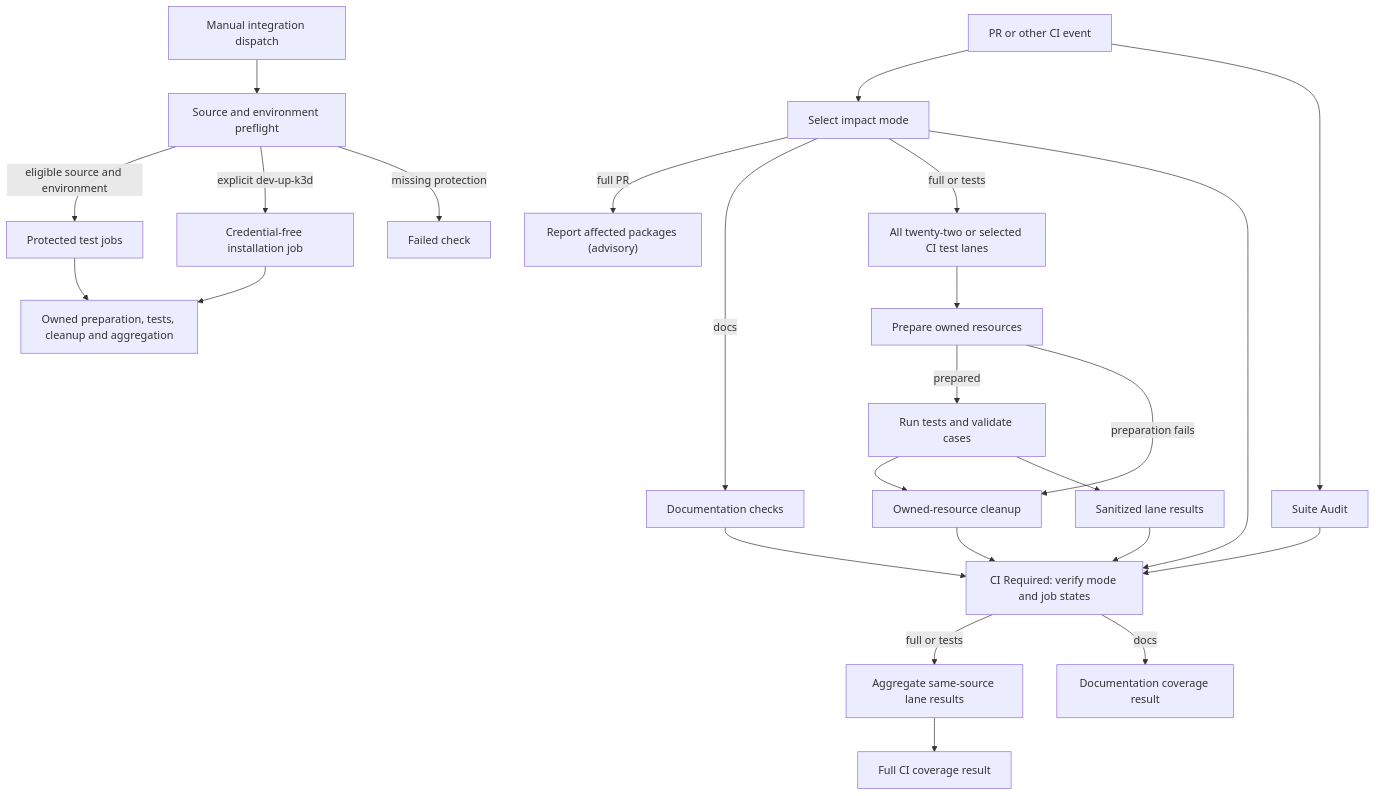
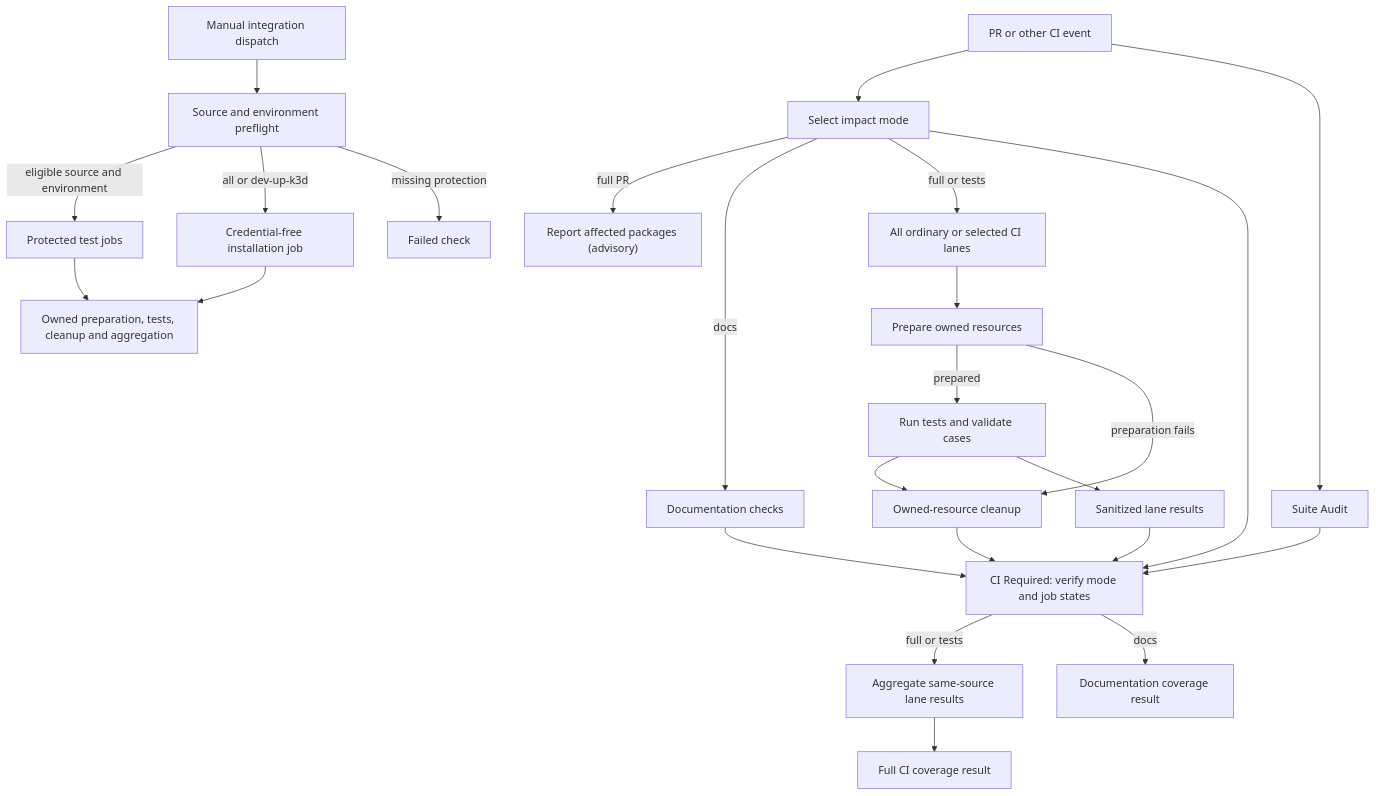
One commit to PalmPalm7/openclaw-enterprise changed the diagram in docs/flows/github-actions-testing.md. Above: the diagram before and after it, drawn with Mermaid. The commit also changed other lines of this file and 107 other files, not shown here.

````diff
--- a/docs/flows/github-actions-testing.md
+++ b/docs/flows/github-actions-testing.md
@@ -21,27 +21,27 @@
 ```mermaid
 graph TD
   A["PR or other CI event"] --> S["Select impact mode"]
   A --> N["Suite Audit"]
   S -->|full PR| Q["Report affected packages (advisory)"]
   S -->|docs| D["Documentation checks"]
-  S -->|full or tests| B["All twenty-two or selected CI test lanes"]
+  S -->|full or tests| B["All ordinary or selected CI lanes"]
   B --> F["Prepare owned resources"]
   F -->|prepared| H["Run tests and validate cases"]
   F -->|preparation fails| J["Owned-resource cleanup"]
   H --> J
   H --> K["Sanitized lane results"]
   J --> G["CI Required: verify mode and job states"]
   S --> G
   N --> G
   D --> G
   K --> G
   G -->|full or tests| L["Aggregate same-source lane results"]
   G -->|docs| M["Documentation coverage result"]
   L --> R["Full CI coverage result"]
   C["Manual integration dispatch"] --> P["Source and environment preflight"]
   P -->|eligible source and environment| E["Protected test jobs"]
-  P -->|explicit dev-up-k3d| U["Credential-free installation job"]
+  P -->|all or dev-up-k3d| U["Credential-free installation job"]
   U --> T
   P -->|missing protection| X["Failed check"]
   E --> T["Owned preparation, tests, cleanup and aggregation"]
 ```
````
